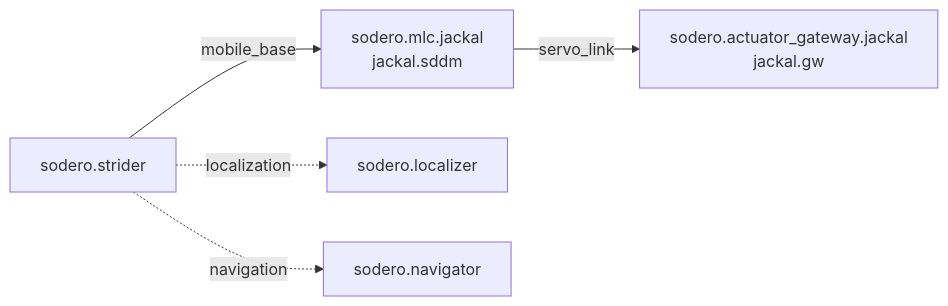
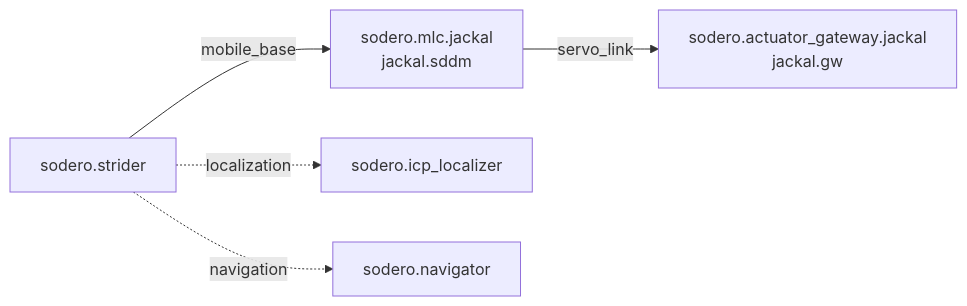
Before and after one commit to Sodero-labs/docs: the diagram in sodero-cloud/docs/operate/strider/index.md, drawn with Mermaid. The commit also changed other lines of this file and 124 other files, not shown here.

````diff
--- a/sodero-cloud/docs/operate/strider/index.md
+++ b/sodero-cloud/docs/operate/strider/index.md
@@ -16,7 +16,7 @@
 ```mermaid
 flowchart LR
     S["sodero.strider"] -- mobile_base --> M["sodero.mlc.jackal<br>jackal.sddm"]
     M -- servo_link --> G["sodero.actuator_gateway.jackal<br>jackal.gw"]
-    S -. localization .-> L["sodero.localizer"]
+    S -. localization .-> L["sodero.icp_localizer"]
     S -. navigation .-> N["sodero.navigator"]
 ```
````
